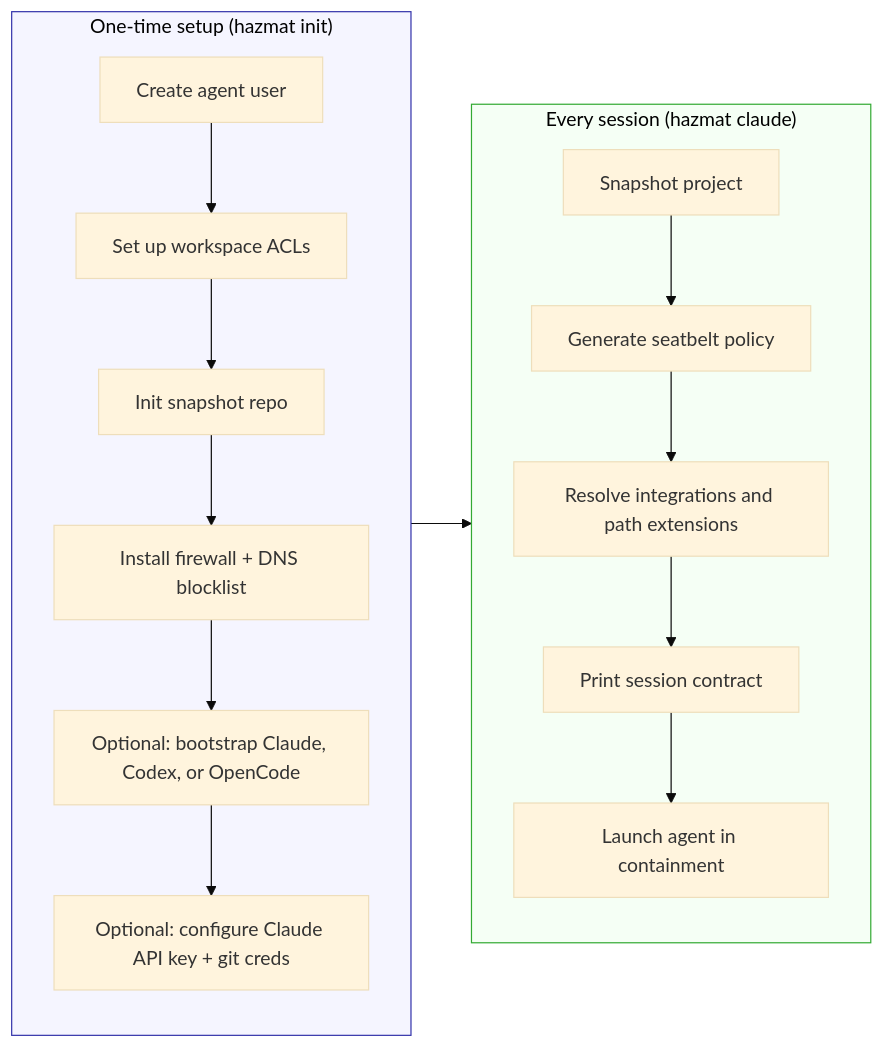
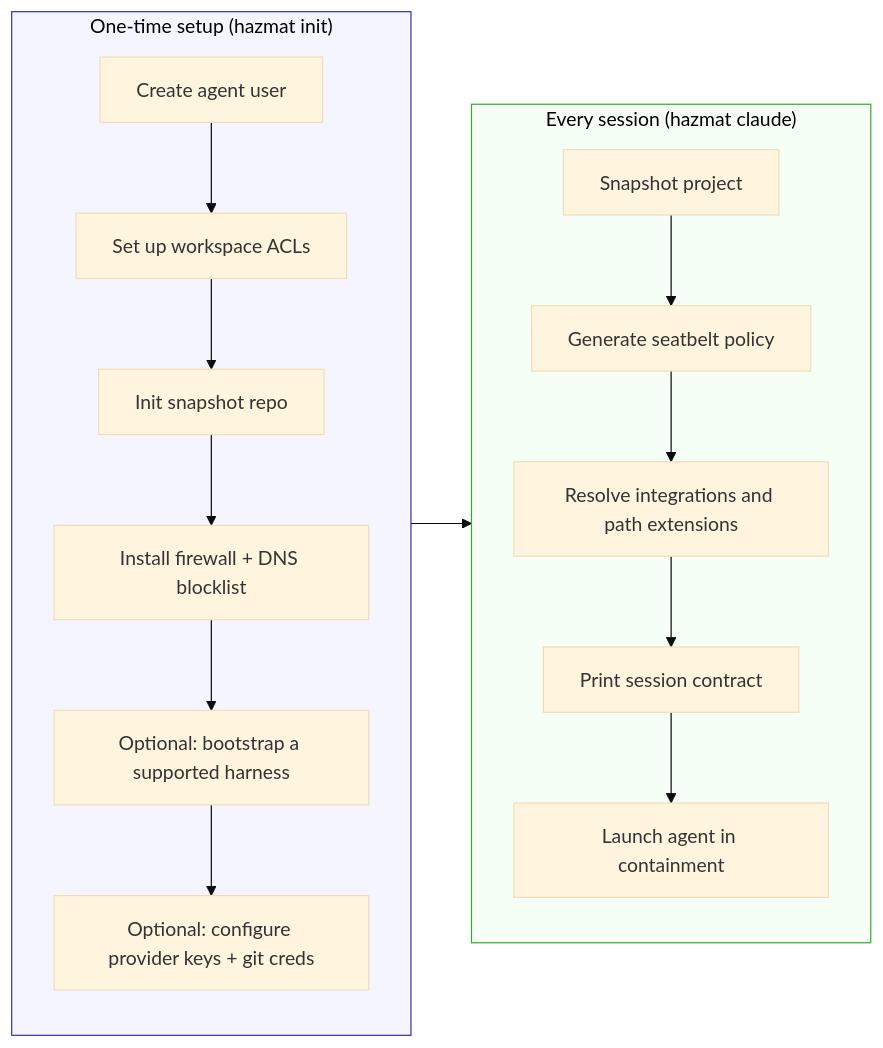
One commit to dredozubov/hazmat changed the diagram in docs/usage.md. Above: the diagram before and after it, drawn with Mermaid (base theme). The commit also changed other lines of this file and 4 other files, not shown here.

````diff
--- a/docs/usage.md
+++ b/docs/usage.md
@@ -34,22 +34,22 @@
 ```mermaid
 flowchart LR
     subgraph once ["One-time setup (hazmat init)"]
         direction TB
         I1[Create agent user] --> I2[Set up workspace ACLs]
         I2 --> I3[Init snapshot repo]
         I3 --> I4[Install firewall + DNS blocklist]
-        I4 --> I5["Optional: bootstrap Claude, Codex, or OpenCode"]
-        I5 --> I6["Optional: configure Claude API key + git creds"]
+        I4 --> I5["Optional: bootstrap a supported harness"]
+        I5 --> I6["Optional: configure provider keys + git creds"]
     end
     subgraph daily ["Every session (hazmat claude)"]
         direction TB
         D1[Snapshot project] --> D2[Generate seatbelt policy]
         D2 --> D3[Resolve integrations and path extensions]
         D3 --> D4[Print session contract]
         D4 --> D5[Launch agent in containment]
     end
     once --> daily
 
     style once fill:#f5f5ff,stroke:#33a,color:#000
     style daily fill:#f5fff5,stroke:#3a3,color:#000
 ```
````
